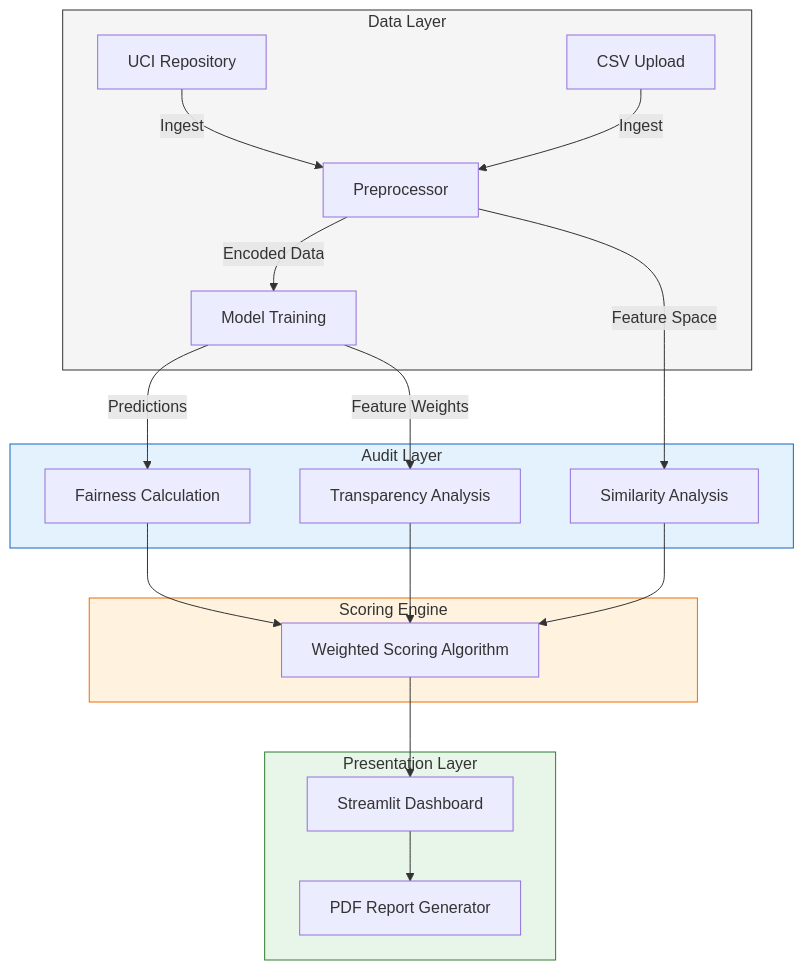
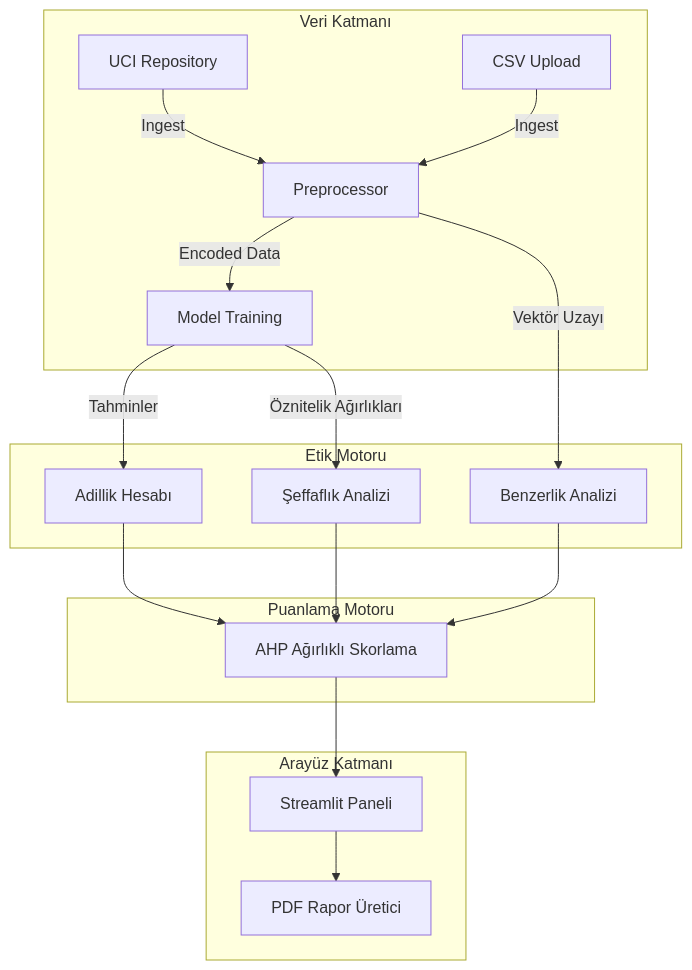
One commit to kaatbas/ai-ethics-inspector changed the diagram in README.md. Above: the diagram before and after it, drawn with Mermaid. The commit also changed other lines of this file, not shown here.

````diff
--- a/README.md
+++ b/README.md
@@ -19,30 +22,25 @@
 ```mermaid
 graph TD
-    subgraph Data_Layer [Data Layer]
+    subgraph Data_Layer [Veri Katmanı]
         D1[UCI Repository] -->|Ingest| P[Preprocessor]
         D2[CSV Upload] -->|Ingest| P
         P -->|Encoded Data| M[Model Training]
     end
 
-    subgraph Ethics_Engine [Audit Layer]
-        M -->|Predictions| F[Fairness Calculation]
-        M -->|Feature Weights| T[Transparency Analysis]
-        P -->|Feature Space| S[Similarity Analysis]
+    subgraph Ethics_Engine [Etik Motoru]
+        M -->|Tahminler| F[Adillik Hesabı]
+        M -->|Öznitelik Ağırlıkları| T[Şeffaflık Analizi]
+        P -->|Vektör Uzayı| S[Benzerlik Analizi]
     end
 
-    subgraph Scoring_System [Scoring Engine]
-        F --> CALC[Weighted Scoring Algorithm]
+    subgraph Scoring_System [Puanlama Motoru]
+        F --> CALC[AHP Ağırlıklı Skorlama]
         T --> CALC
         S --> CALC
     end
 
-    subgraph Application_Layer [Presentation Layer]
-        CALC --> DASH[Streamlit Dashboard]
-        DASH --> PDF[PDF Report Generator]
+    subgraph Application_Layer [Arayüz Katmanı]
+        CALC --> DASH[Streamlit Paneli]
+        DASH --> PDF[PDF Rapor Üretici]
     end
-
-    style Data_Layer fill:#f5f5f5,stroke:#333,stroke-width:1px
-    style Ethics_Engine fill:#e3f2fd,stroke:#1565c0,stroke-width:1px
-    style Scoring_System fill:#fff3e0,stroke:#ef6c00,stroke-width:1px
-    style Application_Layer fill:#e8f5e9,stroke:#2e7d32,stroke-width:1px
 ```
````
